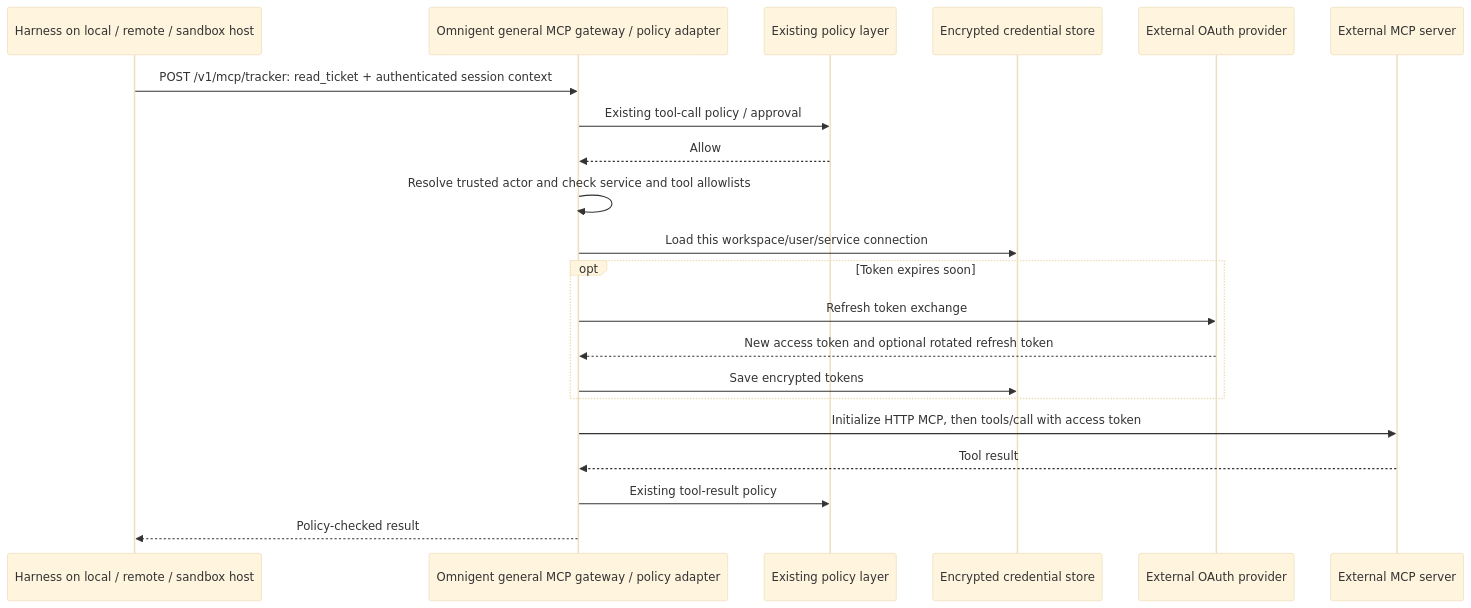
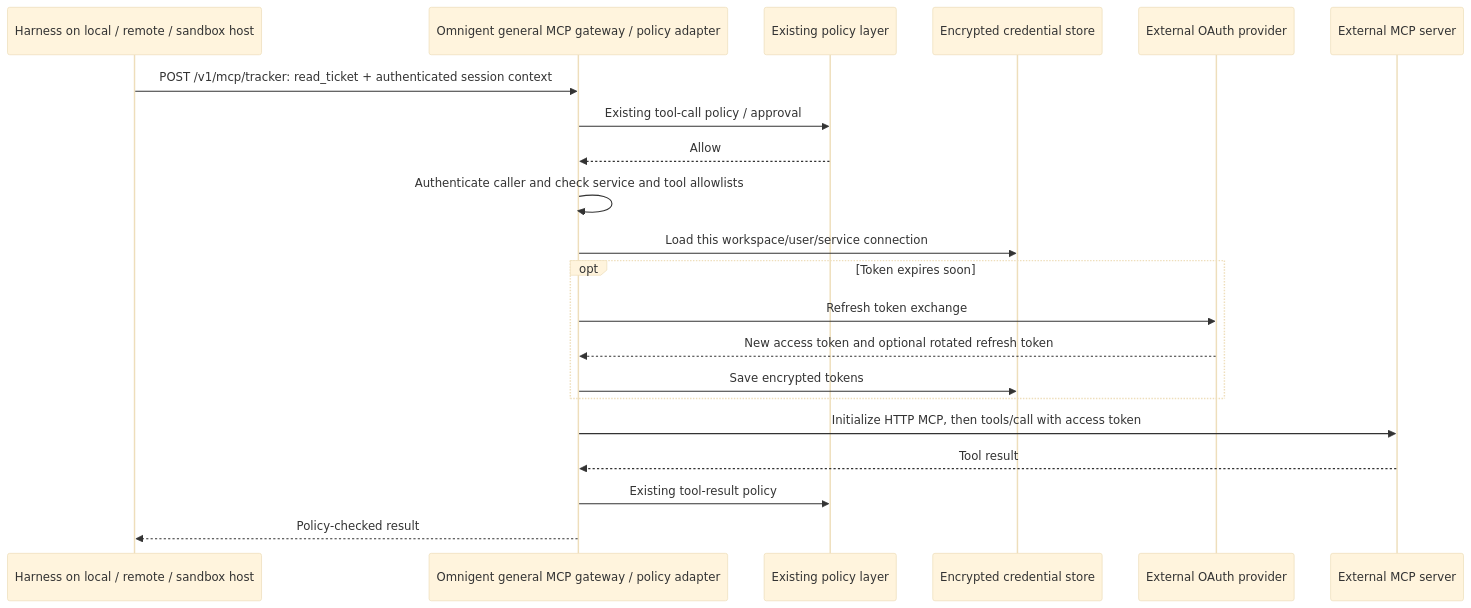
One commit to omnigent-ai/omnigent changed the third of 3 diagrams in examples/mcp-registry/README.md. Above: the diagram before and after it, drawn with Mermaid (base theme). The commit also changed other lines of this file and 25 other files, not shown here.

````diff
--- a/examples/mcp-registry/README.md
+++ b/examples/mcp-registry/README.md
@@ -296,23 +308,23 @@
 ```mermaid
 sequenceDiagram
   participant H as Harness on local / remote / sandbox host
   participant G as Omnigent general MCP gateway / policy adapter
   participant P as Existing policy layer
   participant C as Encrypted credential store
   participant O as External OAuth provider
   participant M as External MCP server
   H->>G: POST /v1/mcp/tracker: read_ticket + authenticated session context
   G->>P: Existing tool-call policy / approval
   P-->>G: Allow
-  G->>G: Resolve trusted actor and check service and tool allowlists
+  G->>G: Authenticate caller and check service and tool allowlists
   G->>C: Load this workspace/user/service connection
   opt Token expires soon
     G->>O: Refresh token exchange
     O-->>G: New access token and optional rotated refresh token
     G->>C: Save encrypted tokens
   end
   G->>M: Initialize HTTP MCP, then tools/call with access token
   M-->>G: Tool result
   G->>P: Existing tool-result policy
   G-->>H: Policy-checked result
 ```
````
